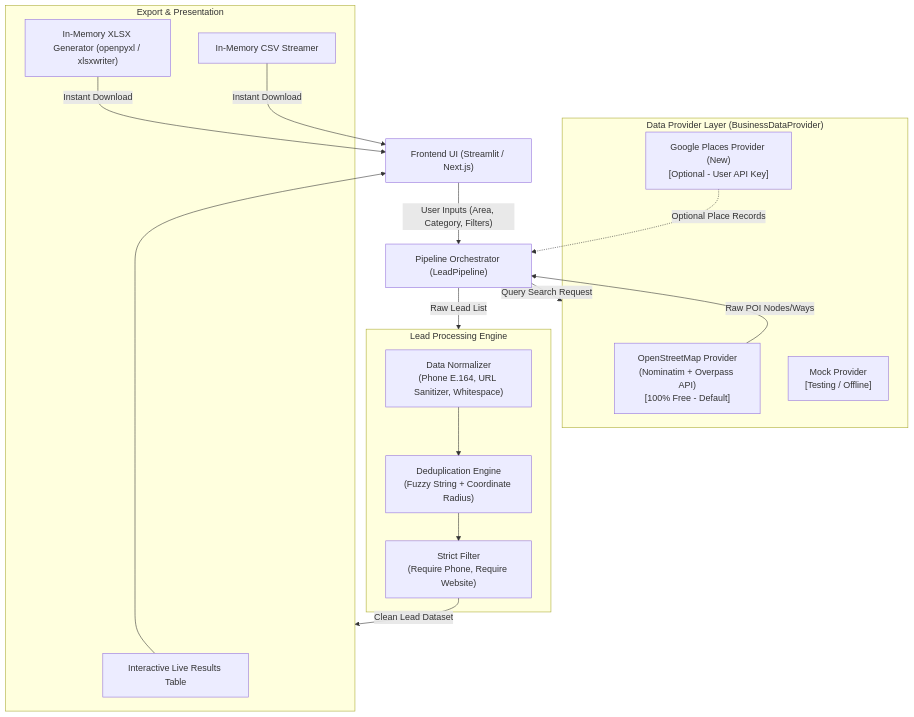
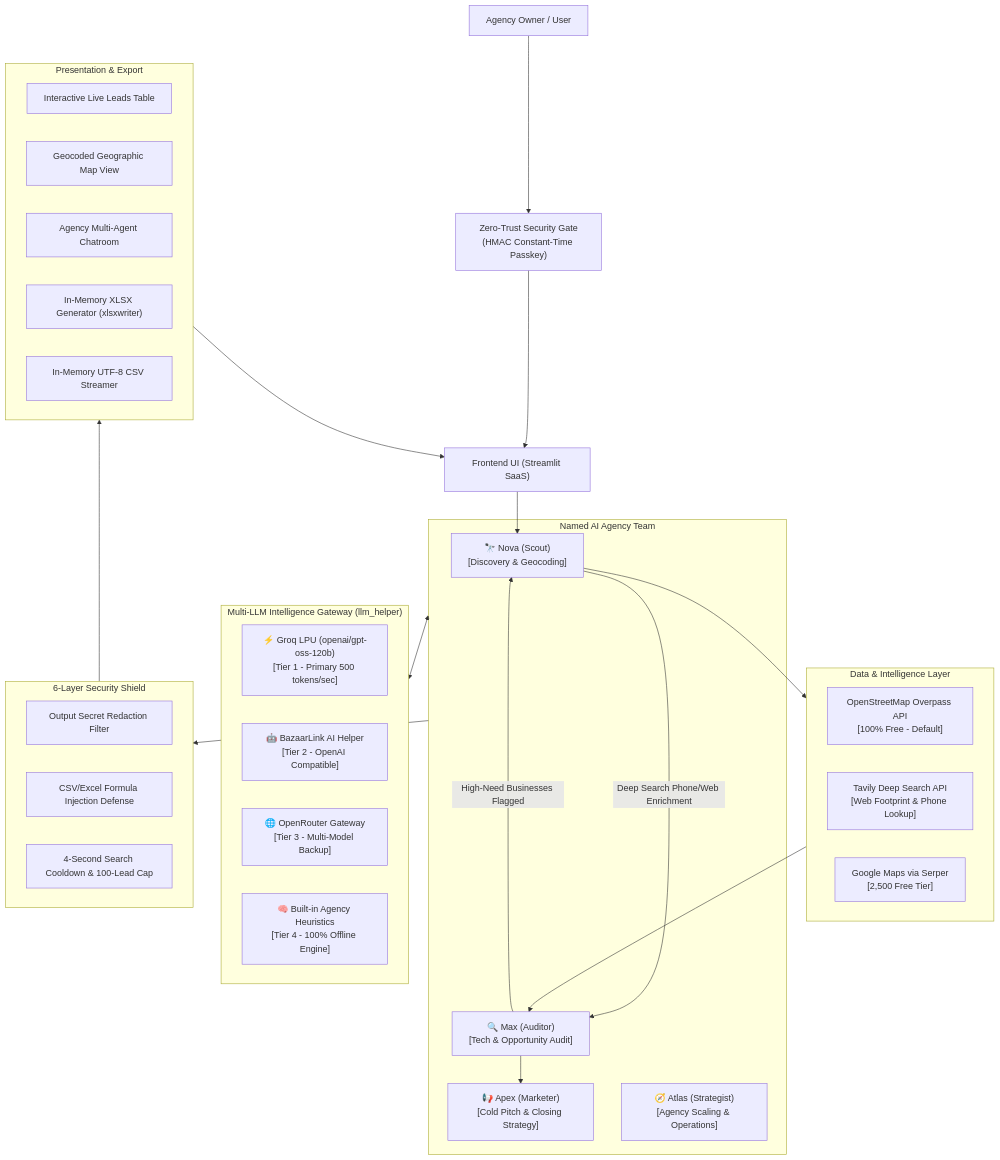
One commit to PremJibon/google-search-to-exel-agents changed the first of 2 diagrams in architecture.md. Above: the diagram before and after it, drawn with Mermaid. The commit also changed other lines of this file and 35 other files, not shown here.

Commit message:
feat: complete agency co-pilot with Groq whisper voice, responsive UI, Google Maps JS, and multi-cloud secrets

````diff
--- a/architecture.md
+++ b/architecture.md
@@ -5,34 +5,50 @@
 ```mermaid
 flowchart TD
-    UI["Frontend UI (Streamlit / Next.js)"]
-    Controller["Pipeline Orchestrator (LeadPipeline)"]
-    
-    subgraph ProviderLayer ["Data Provider Layer (BusinessDataProvider)"]
-        OSM["OpenStreetMap Provider\n(Nominatim + Overpass API)\n[100% Free - Default]"]
-        Google["Google Places Provider (New)\n[Optional - User API Key]"]
-        Mock["Mock Provider\n[Testing / Offline]"]
-    end
-    
-    subgraph ProcessingEngine ["Lead Processing Engine"]
-        Normalizer["Data Normalizer\n(Phone E.164, URL Sanitizer, Whitespace)"]
-        Deduplicator["Deduplication Engine\n(Fuzzy String + Coordinate Radius)"]
-        Filter["Strict Filter\n(Require Phone, Require Website)"]
-    end
-    
-    subgraph OutputLayer ["Export & Presentation"]
-        Table["Interactive Live Results Table"]
-        Excel["In-Memory XLSX Generator (openpyxl / xlsxwriter)"]
-        CSV["In-Memory CSV Streamer"]
+    User["Agency Owner / User"] --> Gate["Zero-Trust Security Gate\n(HMAC Constant-Time Passkey)"]
+    Gate --> UI["Frontend UI (Streamlit SaaS)"]
+
+    subgraph AgentTeam ["Named AI Agency Team"]
+        Nova["🔭 Nova (Scout)\n[Discovery & Geocoding]"]
+        Max["🔍 Max (Auditor)\n[Tech & Opportunity Audit]"]
+        Apex["📢 Apex (Marketer)\n[Cold Pitch & Closing Strategy]"]
+        Atlas["🧭 Atlas (Strategist)\n[Agency Scaling & Operations]"]
     end
 
-    UI -->|"User Inputs (Area, Category, Filters)"| Controller
-    Controller -->|"Query Search Request"| ProviderLayer
-    OSM -->|"Raw POI Nodes/Ways"| Controller
-    Google -.->|"Optional Place Records"| Controller
-    Controller -->|"Raw Lead List"| ProcessingEngine
-    Normalizer --> Deduplicator --> Filter
-    Filter -->|"Clean Lead Dataset"| OutputLayer
-    Table --> UI
-    Excel -->|"Instant Download"| UI
-    CSV -->|"Instant Download"| UI
+    subgraph ProviderLayer ["Data & Intelligence Layer"]
+        OSM["OpenStreetMap Overpass API\n[100% Free - Default]"]
+        Tavily["Tavily Deep Search API\n[Web Footprint & Phone Lookup]"]
+        Serper["Google Maps via Serper\n[2,500 Free Tier]"]
+    end
+
+    subgraph AIEngines ["Multi-LLM Intelligence Gateway (llm_helper)"]
+        Groq["⚡ Groq LPU (openai/gpt-oss-120b)\n[Tier 1 - Primary 500 tokens/sec]"]
+        BazaarLink["🤖 BazaarLink AI Helper\n[Tier 2 - OpenAI Compatible]"]
+        OpenRouter["🌐 OpenRouter Gateway\n[Tier 3 - Multi-Model Backup]"]
+        Offline["🧠 Built-in Agency Heuristics\n[Tier 4 - 100% Offline Engine]"]
+    end
+
+    subgraph SecurityShield ["6-Layer Security Shield"]
+        FilterRedact["Output Secret Redaction Filter"]
+        FormulaDef["CSV/Excel Formula Injection Defense"]
+        RateLimit["4-Second Search Cooldown & 100-Lead Cap"]
+    end
+
+    subgraph OutputLayer ["Presentation & Export"]
+        Table["Interactive Live Leads Table"]
+        Map["Geocoded Geographic Map View"]
+        Chat["Agency Multi-Agent Chatroom"]
+        Excel["In-Memory XLSX Generator (xlsxwriter)"]
+        CSV["In-Memory UTF-8 CSV Streamer"]
+    end
+
+    UI --> Nova
+    Nova --> ProviderLayer
+    ProviderLayer --> Max
+    Max -->|"High-Need Businesses Flagged"| Nova
+    Nova -->|"Deep Search Phone/Web Enrichment"| Max
+    Max --> Apex
+    AgentTeam <--> AIEngines
+    AgentTeam --> SecurityShield
+    SecurityShield --> OutputLayer
+    OutputLayer --> UI
 ```
````
